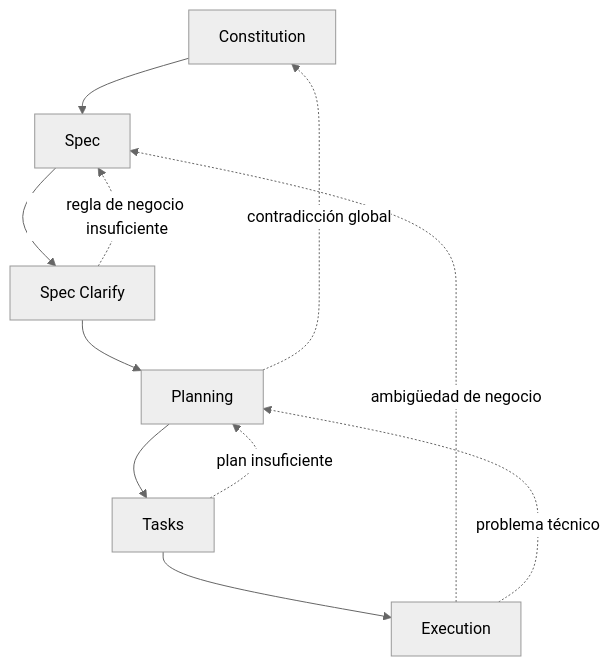
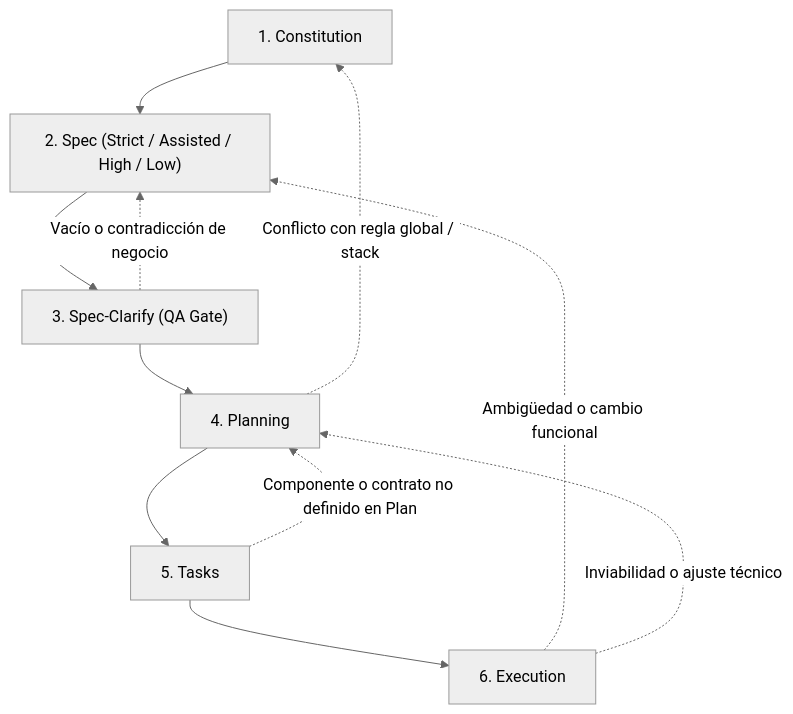
One commit to Thebetus7/SW1-P1-DiagramadorClases-2026-2 changed the third of 3 diagrams in .agents/workflows/sdd-init.md. Above: the diagram before and after it, drawn with Mermaid (neutral theme). The commit also changed other lines of this file and 194 other files, not shown here.

````diff
--- a/.agents/workflows/sdd-init.md
+++ b/.agents/workflows/sdd-init.md
@@ -606,22 +535,22 @@
 ```mermaid
 flowchart TD
 
-    C["Constitution"]
-    S["Spec"]
-    Q["Spec Clarify"]
-    P["Planning"]
-    T["Tasks"]
-    E["Execution"]
+    C["1. Constitution"]
+    S["2. Spec (Strict / Assisted / High / Low)"]
+    Q["3. Spec-Clarify (QA Gate)"]
+    P["4. Planning"]
+    T["5. Tasks"]
+    E["6. Execution"]
 
     C --> S
     S --> Q
     Q --> P
     P --> T
     T --> E
 
-    E -. "ambigüedad de negocio" .-> S
-    E -. "problema técnico" .-> P
-    P -. "contradicción global" .-> C
-    T -. "plan insuficiente" .-> P
-    Q -. "regla de negocio insuficiente" .-> S
+    E -. "Ambigüedad o cambio funcional" .-> S
+    E -. "Inviabilidad o ajuste técnico" .-> P
+    P -. "Conflicto con regla global / stack" .-> C
+    T -. "Componente o contrato no definido en Plan" .-> P
+    Q -. "Vacío o contradicción de negocio" .-> S
 ```
````
